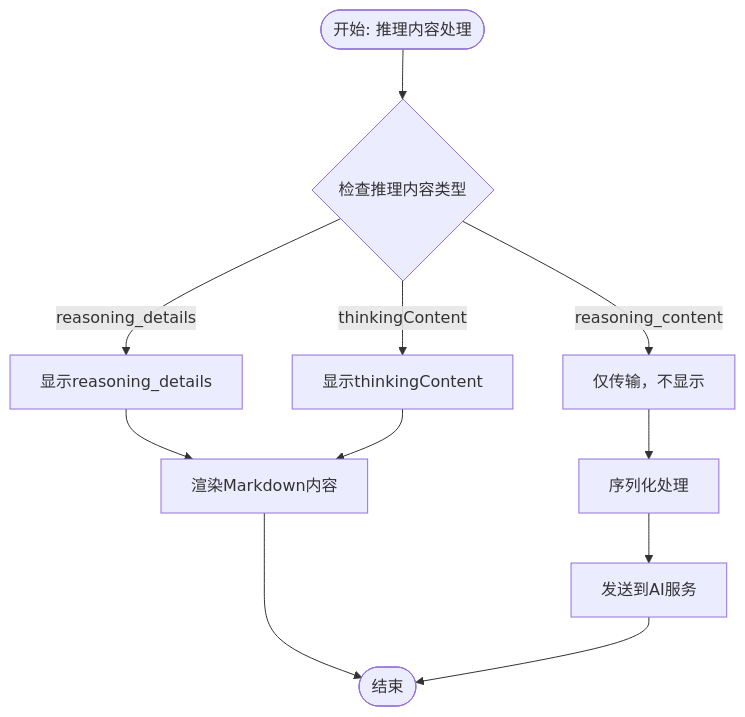
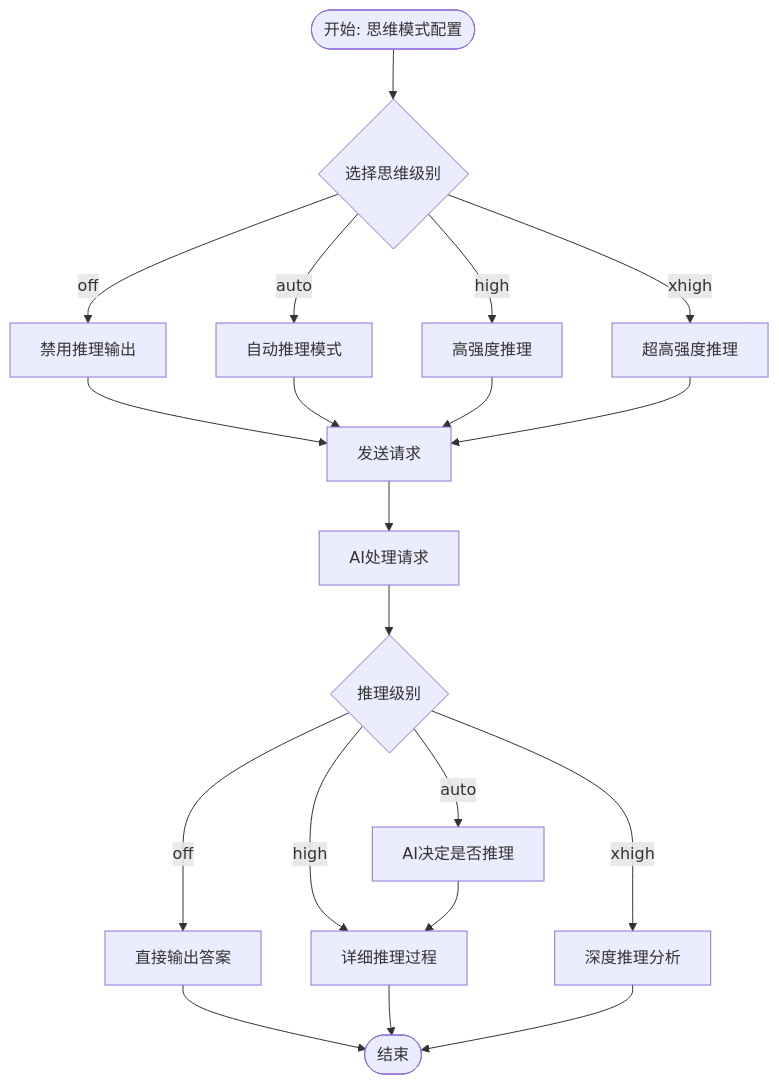
The third of 20 diagrams in .qoder/repowiki/zh/content/核心模块/AI助手系统/AI助手系统.md (xixixiaoyu/Todo), drawn with Mermaid before and after one commit. The commit also changed other lines of this file and 6 other files, not shown here.

````diff
--- a/.qoder/repowiki/zh/content/核心模块/AI助手系统/AI助手系统.md
+++ b/.qoder/repowiki/zh/content/核心模块/AI助手系统/AI助手系统.md
@@ -363,13 +353,22 @@
 ```mermaid
 flowchart TD
-Start(["开始: 推理内容处理"]) --> CheckReasoning{"检查推理内容类型"}
-CheckReasoning --> |reasoning_details| ShowDetails["显示reasoning_details"]
-CheckReasoning --> |thinkingContent| ShowThinking["显示thinkingContent"]
-CheckReasoning --> |reasoning_content| TransportOnly["仅传输，不显示"]
-ShowDetails --> Render["渲染Markdown内容"]
-ShowThinking --> Render
-TransportOnly --> Sanitize["序列化处理"]
-Sanitize --> Send["发送到AI服务"]
-Render --> End(["结束"])
-Send --> End
+Start(["开始: 思维模式配置"]) --> Level{"选择思维级别"}
+Level --> |off| Disable["禁用推理输出"]
+Level --> |auto| AutoMode["自动推理模式"]
+Level --> |high| HighMode["高强度推理"]
+Level --> |xhigh| XHighMode["超高强度推理"]
+Disable --> Request["发送请求"]
+AutoMode --> Request
+HighMode --> Request
+XHighMode --> Request
+Request --> Process["AI处理请求"]
+Process --> Output{"推理级别"}
+Output --> |off| Direct["直接输出答案"]
+Output --> |auto| Decide["AI决定是否推理"]
+Output --> |high| Detailed["详细推理过程"]
+Output --> |xhigh| Deep["深度推理分析"]
+Decide --> Detailed
+Direct --> End(["结束"])
+Detailed --> End
+Deep --> End
 ```
````
